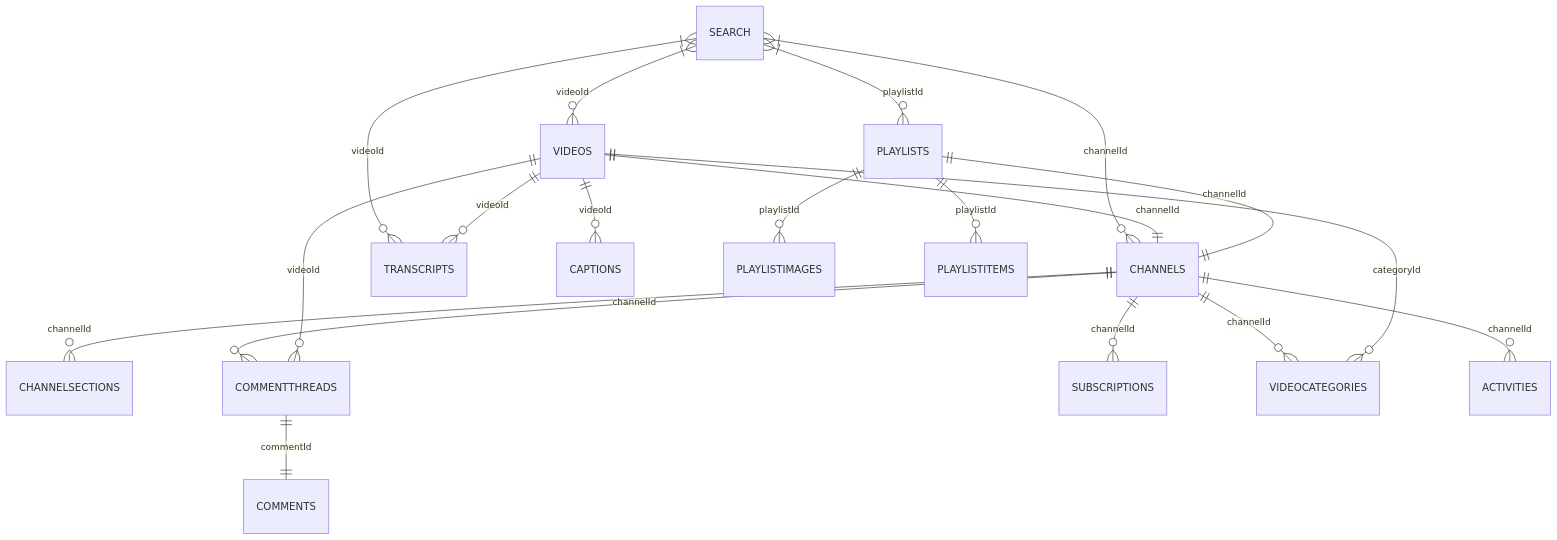
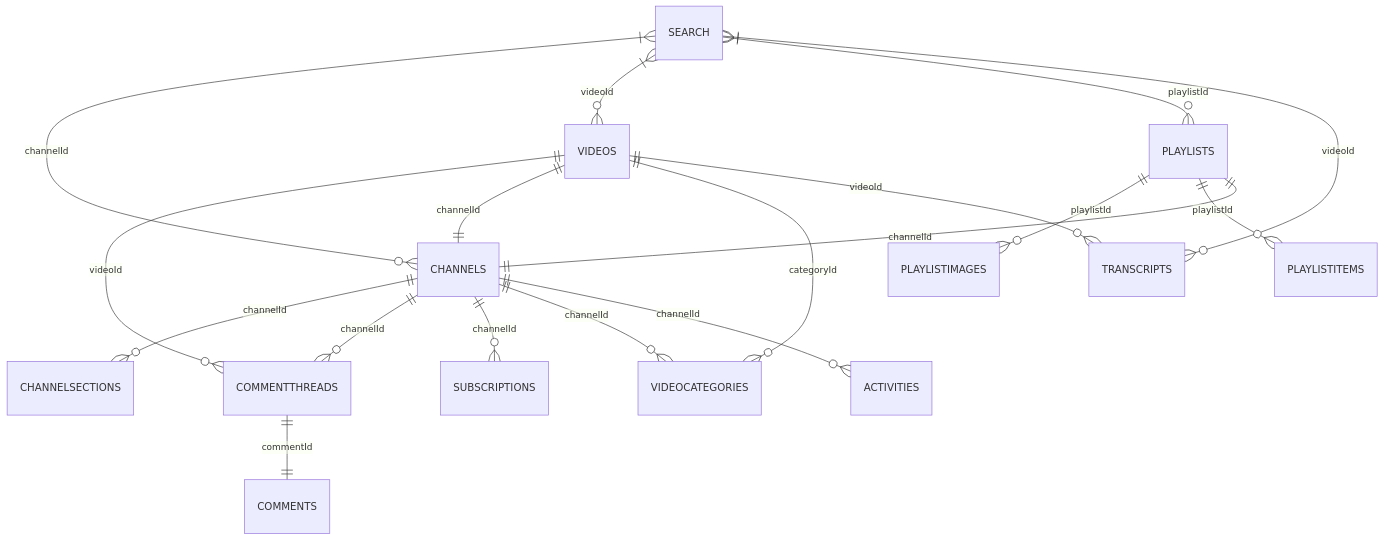
The second of 2 diagrams in README.md (isom-ds/apism), drawn with Mermaid before and after one commit.

Commit message:
remove captions from ER diagram

````diff
--- a/README.md
+++ b/README.md
@@ -81,32 +81,31 @@
 ```mermaid
 %%{init: {
   "themeCSS": [
     "[id^=entity-SEARCH] .er.entityBox { fill: green;} ",
     "[id^=entity-VIDEOS] .er.entityBox { fill: green;} ",
     "[id^=entity-COMMENTTHREADS] .er.entityBox { fill: green;} ",
     "[id^=entity-TRANSCRIPTS] .er.entityBox { fill: green;} ",
     "[id^=entity-API] .er.entityBox { fill: blue;} ",
     "[id^=entity-API] .er.entityBox { fill: orange;} ",
     "[id^=entity-API] .er.entityBox { fill: red;} "
     ]
 }}%%
 erDiagram
     SEARCH }|--o{ CHANNELS : channelId
     SEARCH }|--o{ VIDEOS : videoId
     SEARCH }|--o{ PLAYLISTS : playlistId
     SEARCH }|--o{ TRANSCRIPTS : videoId
     CHANNELS ||--o{ CHANNELSECTIONS : channelId
     CHANNELS ||--o{ COMMENTTHREADS : channelId
     CHANNELS ||--o{ SUBSCRIPTIONS : channelId
     CHANNELS ||--o{ VIDEOCATEGORIES : channelId
     CHANNELS ||--o{ ACTIVITIES : channelId
     VIDEOS ||--o{ COMMENTTHREADS : videoId
     VIDEOS ||--|| CHANNELS : channelId
     VIDEOS ||--o{ VIDEOCATEGORIES : categoryId
-    VIDEOS ||--o{ CAPTIONS : videoId
     VIDEOS ||--o{ TRANSCRIPTS : videoId
     PLAYLISTS ||--o{ PLAYLISTIMAGES : playlistId
     PLAYLISTS ||--o{ PLAYLISTITEMS : playlistId
     PLAYLISTS ||--|| CHANNELS : channelId
     COMMENTTHREADS ||--|| COMMENTS : commentId
 ```
````
